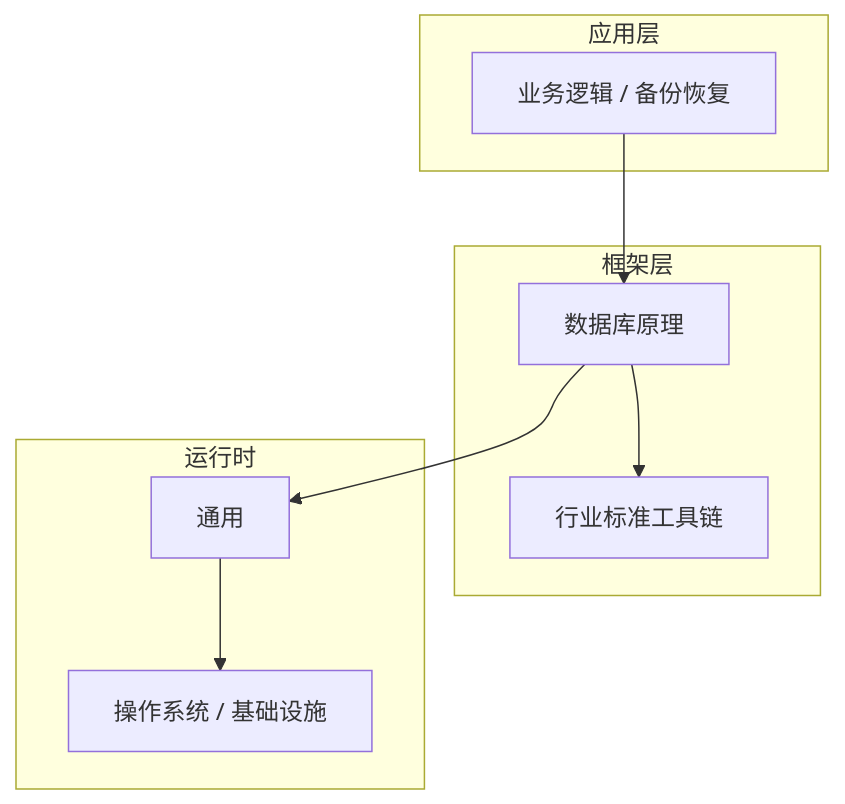
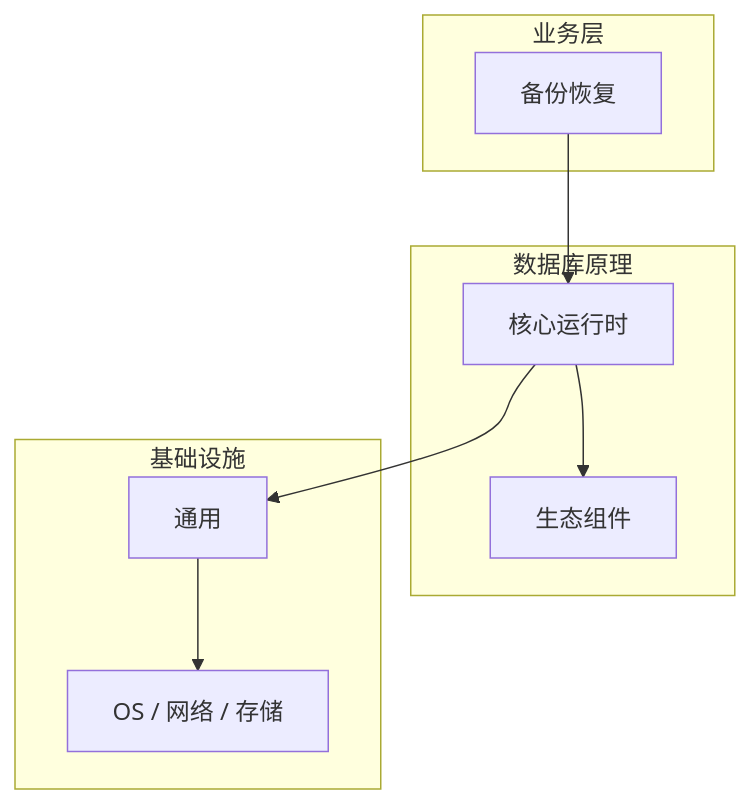
One commit to yanggan2015/knowledge-json-v2 changed the diagram in articles/数据库原理/chapters/086-备份恢复核心概念与原理.md. Above: the diagram before and after it, drawn with Mermaid. The commit also changed other lines of this file and 10127 other files, not shown here.

````diff
--- a/articles/数据库原理/chapters/086-备份恢复核心概念与原理.md
+++ b/articles/数据库原理/chapters/086-备份恢复核心概念与原理.md
@@ -45,18 +34,18 @@
 ```mermaid
 graph TB
-    subgraph 应用层
-        A[业务逻辑 / 备份恢复]
+    subgraph 业务层
+        A[备份恢复]
     end
-    subgraph 框架层
-        B[数据库原理]
-        C[行业标准工具链]
+    subgraph 数据库原理
+        B[核心运行时]
+        C[生态组件]
     end
-    subgraph 运行时
+    subgraph 基础设施
         D[通用]
-        E[操作系统 / 基础设施]
+        E[OS / 网络 / 存储]
     end
     A --> B
     B --> C
     B --> D
     D --> E
 ```
````
